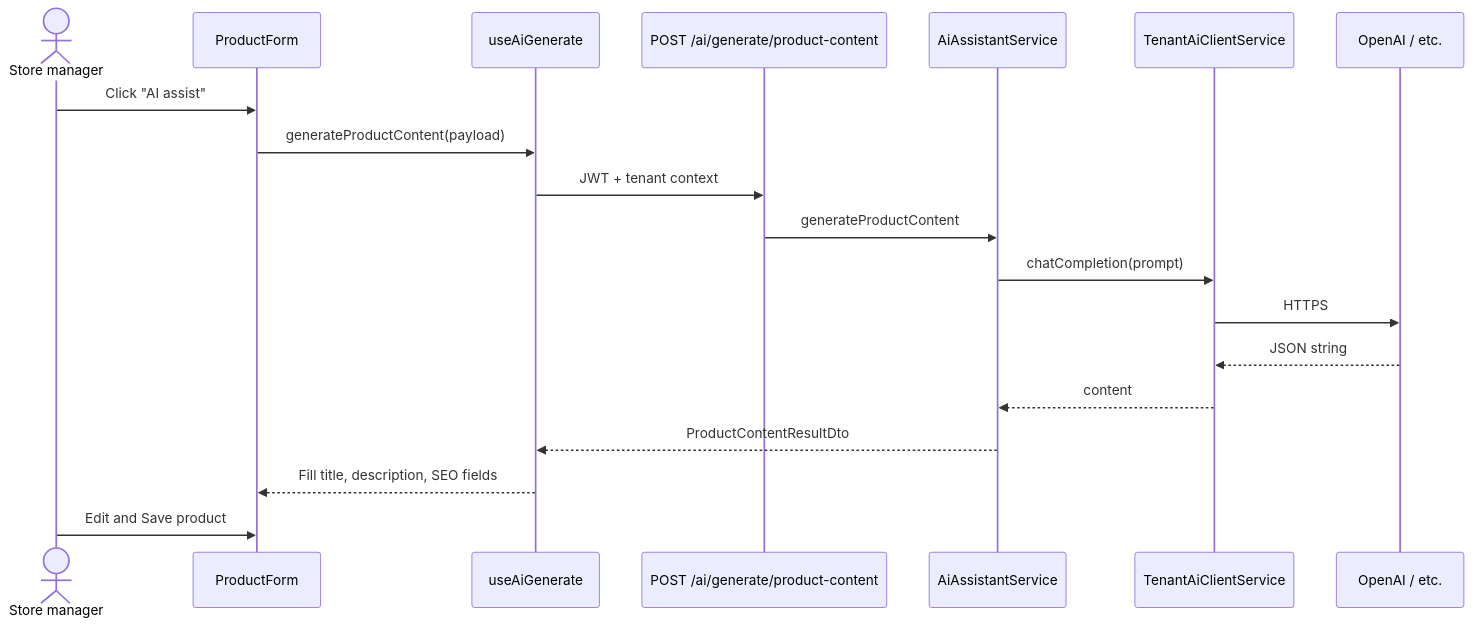
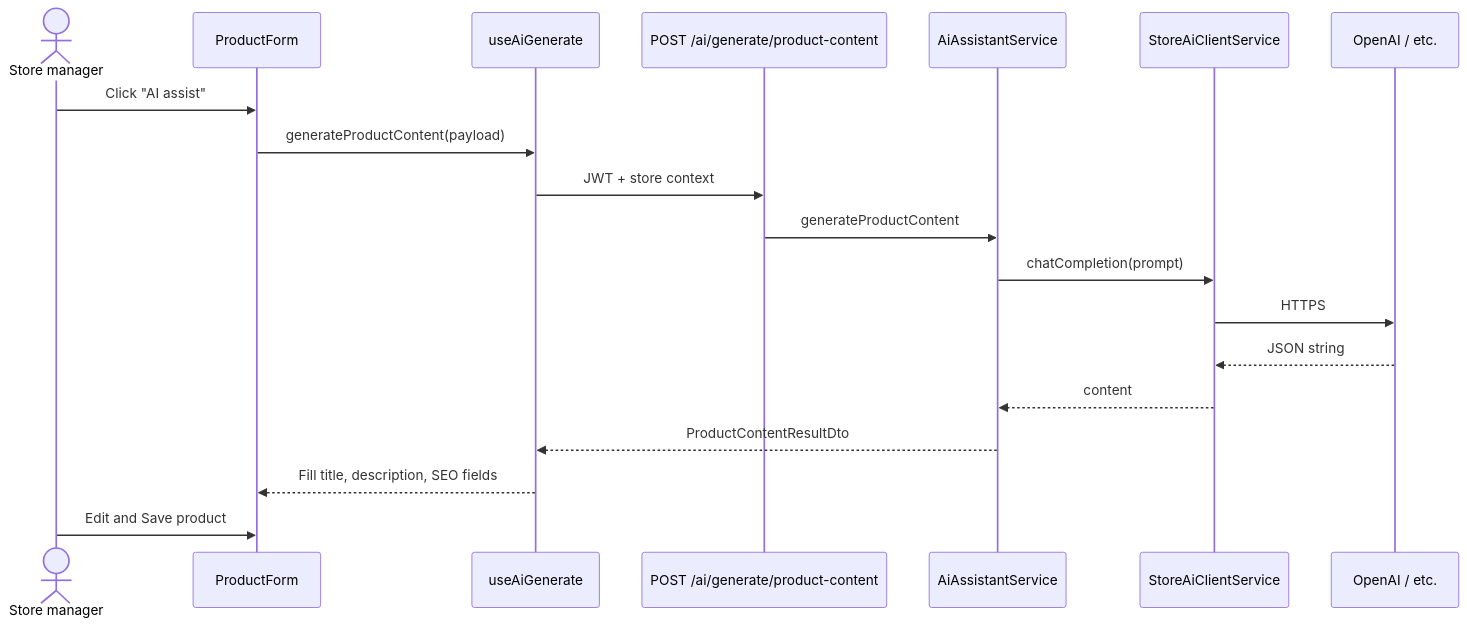
The sixth of 8 diagrams in doc/system-design/ai_system_guide.md (gowtamkumar/eCommerce-multi-store-saas-erp), drawn with Mermaid before and after one commit. The commit also changed other lines of this file and 764 other files, not shown here.

````diff
--- a/doc/system-design/ai_system_guide.md
+++ b/doc/system-design/ai_system_guide.md
@@ -527,22 +527,22 @@
 ```mermaid
 sequenceDiagram
   actor User as Store manager
   participant Form as ProductForm
   participant Hook as useAiGenerate
   participant API as POST /ai/generate/product-content
   participant AAS as AiAssistantService
-  participant TAC as TenantAiClientService
+  participant TAC as StoreAiClientService
   participant LLM as OpenAI / etc.
 
   User->>Form: Click "AI assist"
   Form->>Hook: generateProductContent(payload)
-  Hook->>API: JWT + tenant context
+  Hook->>API: JWT + store context
   API->>AAS: generateProductContent
   AAS->>TAC: chatCompletion(prompt)
   TAC->>LLM: HTTPS
   LLM-->>TAC: JSON string
   TAC-->>AAS: content
   AAS-->>Hook: ProductContentResultDto
   Hook-->>Form: Fill title, description, SEO fields
   User->>Form: Edit and Save product
 ```
````
